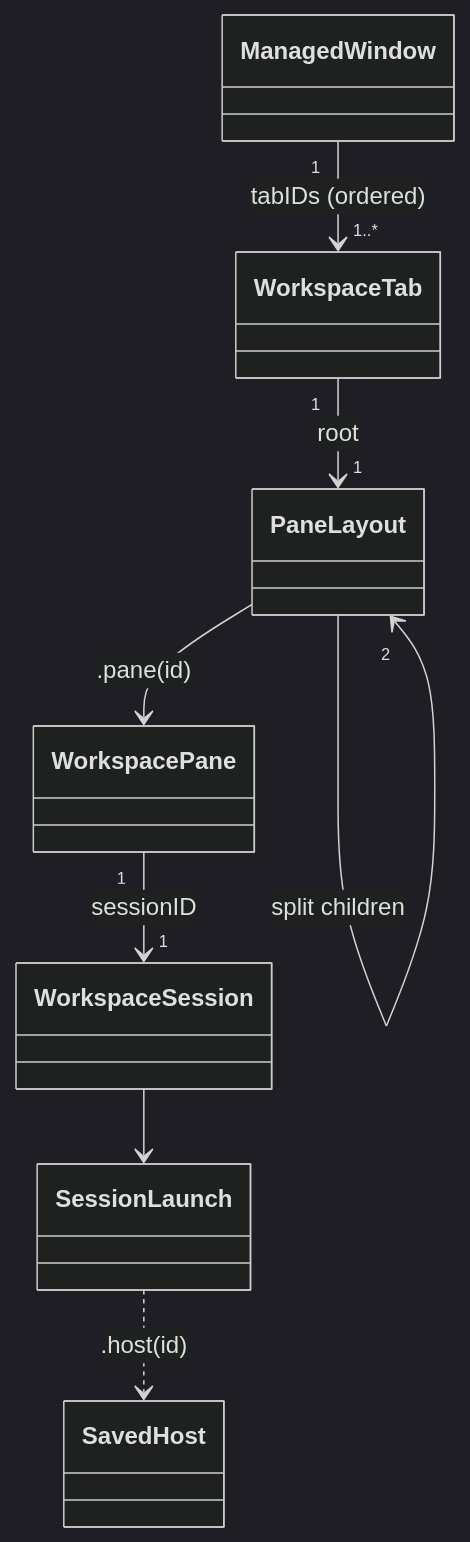
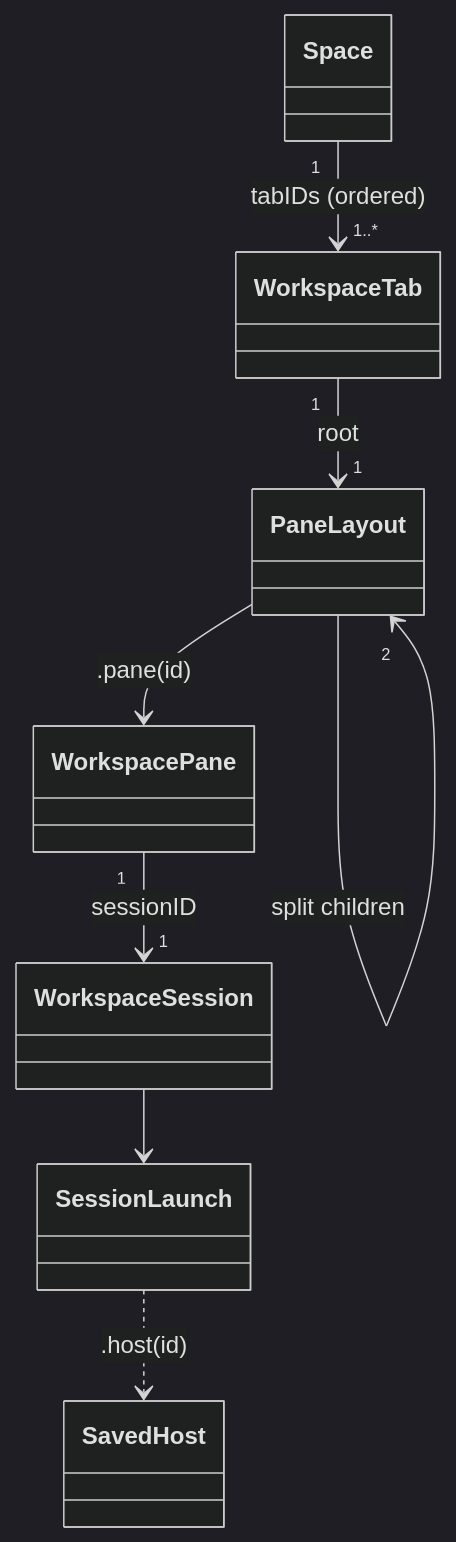
The diagram in docs/architecture/domain-model.md (bearstouch/trellis), drawn with Mermaid (dark theme) before and after one commit. The commit also changed other lines of this file and 179 other files, not shown here.

````diff
--- a/docs/architecture/domain-model.md
+++ b/docs/architecture/domain-model.md
@@ -5,10 +5,10 @@
 ```mermaid
 classDiagram
-    ManagedWindow "1" --> "1..*" WorkspaceTab : tabIDs (ordered)
+    Space "1" --> "1..*" WorkspaceTab : tabIDs (ordered)
     WorkspaceTab "1" --> "1" PaneLayout : root
     PaneLayout --> "2" PaneLayout : split children
     PaneLayout --> WorkspacePane : .pane(id)
     WorkspacePane "1" --> "1" WorkspaceSession : sessionID
     WorkspaceSession --> SessionLaunch
     SessionLaunch ..> SavedHost : .host(id)
 ```
````
